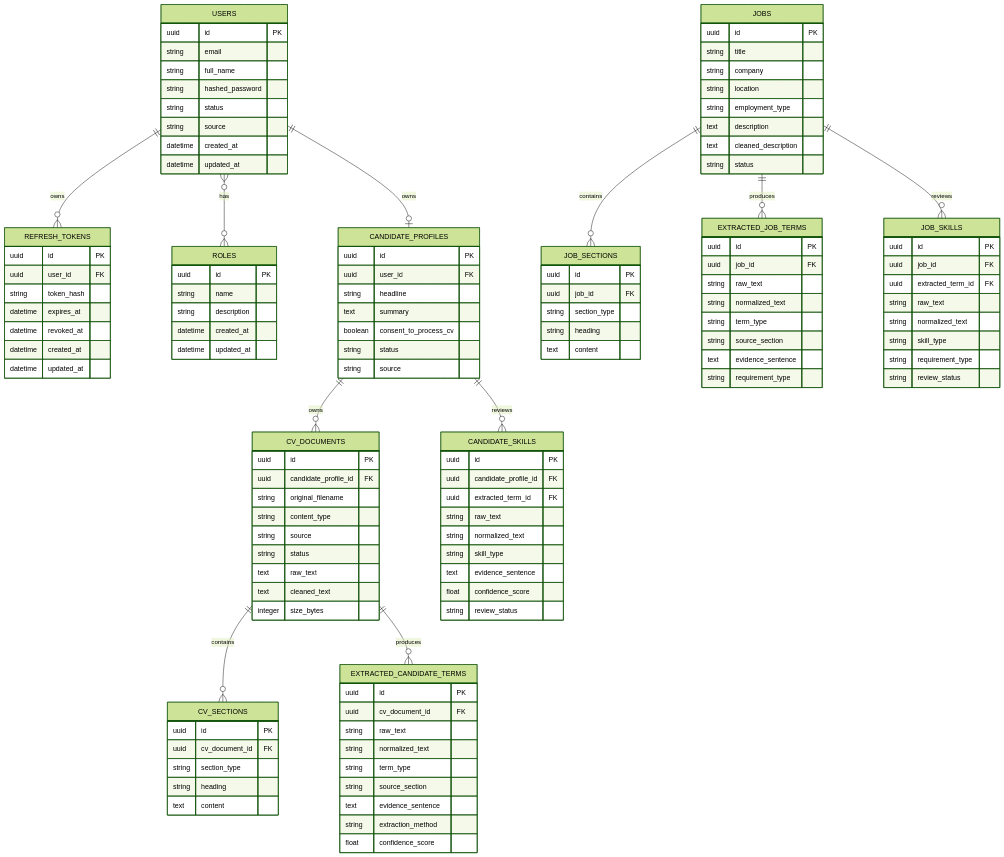
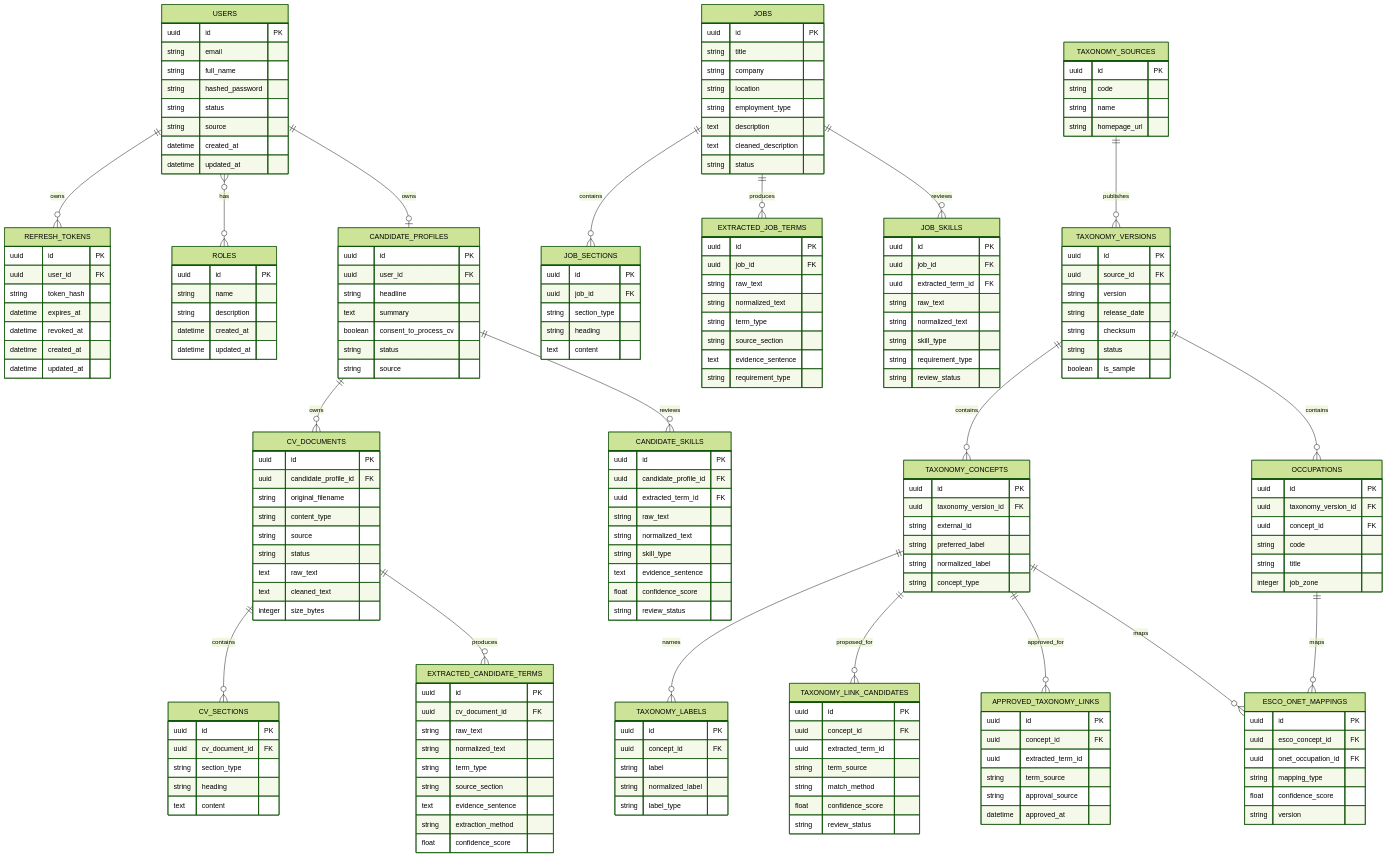
Before and after one commit to muawwidh/skill-matching-system: the diagram in docs/database-erd.md, drawn with Mermaid (forest theme). The commit also changed other lines of this file and 29 other files, not shown here.

````diff
--- a/docs/database-erd.md
+++ b/docs/database-erd.md
@@ -14,6 +15,14 @@
   JOBS ||--o{ JOB_SECTIONS : contains
   JOBS ||--o{ EXTRACTED_JOB_TERMS : produces
   JOBS ||--o{ JOB_SKILLS : reviews
+  TAXONOMY_SOURCES ||--o{ TAXONOMY_VERSIONS : publishes
+  TAXONOMY_VERSIONS ||--o{ TAXONOMY_CONCEPTS : contains
+  TAXONOMY_CONCEPTS ||--o{ TAXONOMY_LABELS : names
+  TAXONOMY_VERSIONS ||--o{ OCCUPATIONS : contains
+  TAXONOMY_CONCEPTS ||--o{ TAXONOMY_LINK_CANDIDATES : proposed_for
+  TAXONOMY_CONCEPTS ||--o{ APPROVED_TAXONOMY_LINKS : approved_for
+  TAXONOMY_CONCEPTS ||--o{ ESCO_ONET_MAPPINGS : maps
+  OCCUPATIONS ||--o{ ESCO_ONET_MAPPINGS : maps
 
   USERS {
     uuid id PK
@@ -138,4 +147,75 @@
     string requirement_type
     string review_status
   }
+
+  TAXONOMY_SOURCES {
+    uuid id PK
+    string code
+    string name
+    string homepage_url
+  }
+
+  TAXONOMY_VERSIONS {
+    uuid id PK
+    uuid source_id FK
+    string version
+    string release_date
+    string checksum
+    string status
+    boolean is_sample
+  }
+
+  TAXONOMY_CONCEPTS {
+    uuid id PK
+    uuid taxonomy_version_id FK
+    string external_id
+    string preferred_label
+    string normalized_label
+    string concept_type
+  }
+
+  TAXONOMY_LABELS {
+    uuid id PK
+    uuid concept_id FK
+    string label
+    string normalized_label
+    string label_type
+  }
+
+  OCCUPATIONS {
+    uuid id PK
+    uuid taxonomy_version_id FK
+    uuid concept_id FK
+    string code
+    string title
+    integer job_zone
+  }
+
+  TAXONOMY_LINK_CANDIDATES {
+    uuid id PK
+    uuid concept_id FK
+    uuid extracted_term_id
+    string term_source
+    string match_method
+    float confidence_score
+    string review_status
+  }
+
+  APPROVED_TAXONOMY_LINKS {
+    uuid id PK
+    uuid concept_id FK
+    uuid extracted_term_id
+    string term_source
+    string approval_source
+    datetime approved_at
+  }
+
+  ESCO_ONET_MAPPINGS {
+    uuid id PK
+    uuid esco_concept_id FK
+    uuid onet_occupation_id FK
+    string mapping_type
+    float confidence_score
+    string version
+  }
 ```
````
